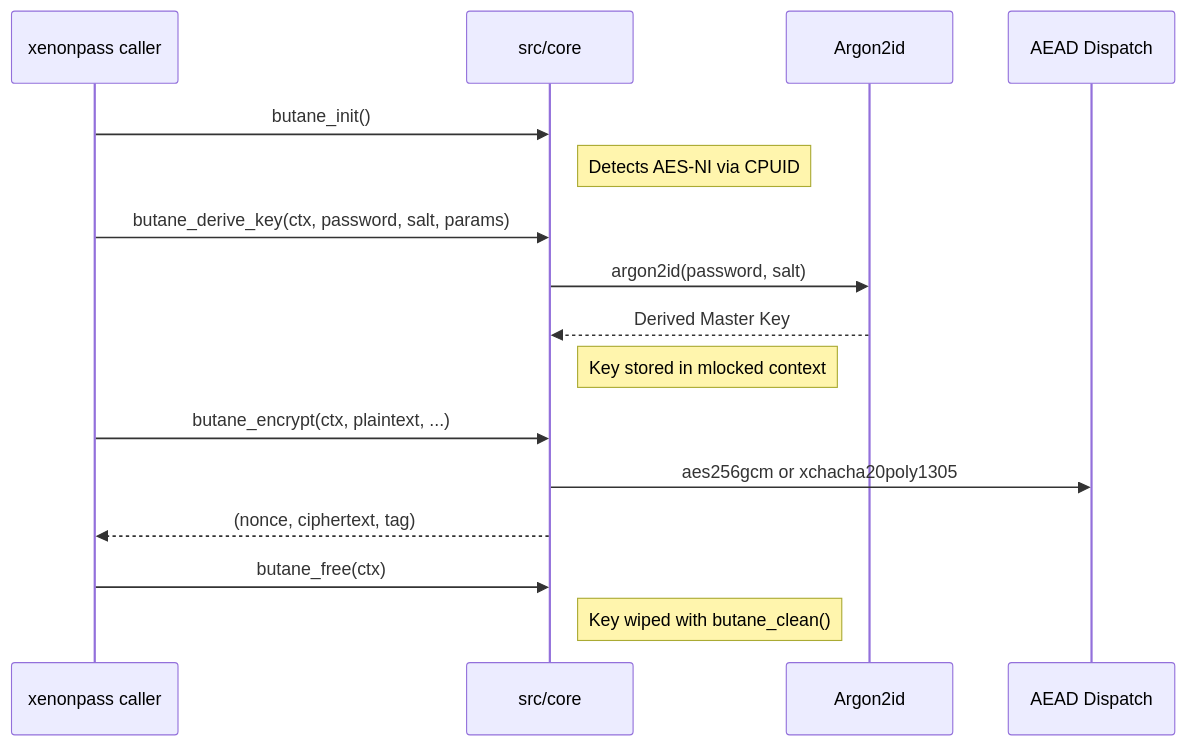
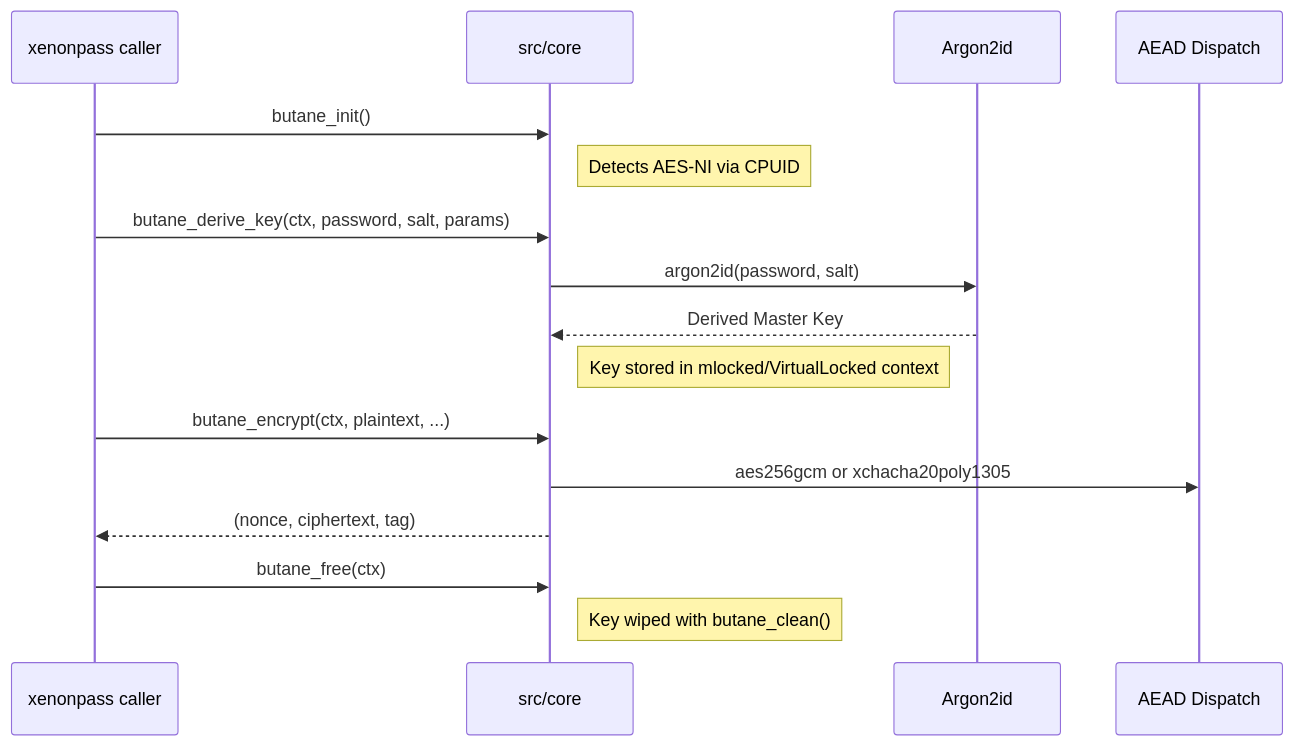
Before and after one commit to xenonpass/butane: the fourth of 6 diagrams in SECURITY.md, drawn with Mermaid. The commit also changed other lines of this file, not shown here.

````diff
--- a/SECURITY.md
+++ b/SECURITY.md
@@ -132,19 +134,19 @@
 ```mermaid
 sequenceDiagram
     participant User as xenonpass caller
     participant Core as src/core
     participant KDF as Argon2id
     participant Cipher as AEAD Dispatch
 
     User->>Core: butane_init()
     Note right of Core: Detects AES-NI via CPUID
     User->>Core: butane_derive_key(ctx, password, salt, params)
     Core->>KDF: argon2id(password, salt)
     KDF-->>Core: Derived Master Key
-    Note right of Core: Key stored in mlocked context
+    Note right of Core: Key stored in mlocked/VirtualLocked context
     User->>Core: butane_encrypt(ctx, plaintext, ...)
     Core->>Cipher: aes256gcm or xchacha20poly1305
     Core-->>User: (nonce, ciphertext, tag)
     User->>Core: butane_free(ctx)
     Note right of Core: Key wiped with butane_clean()
 ```
````
